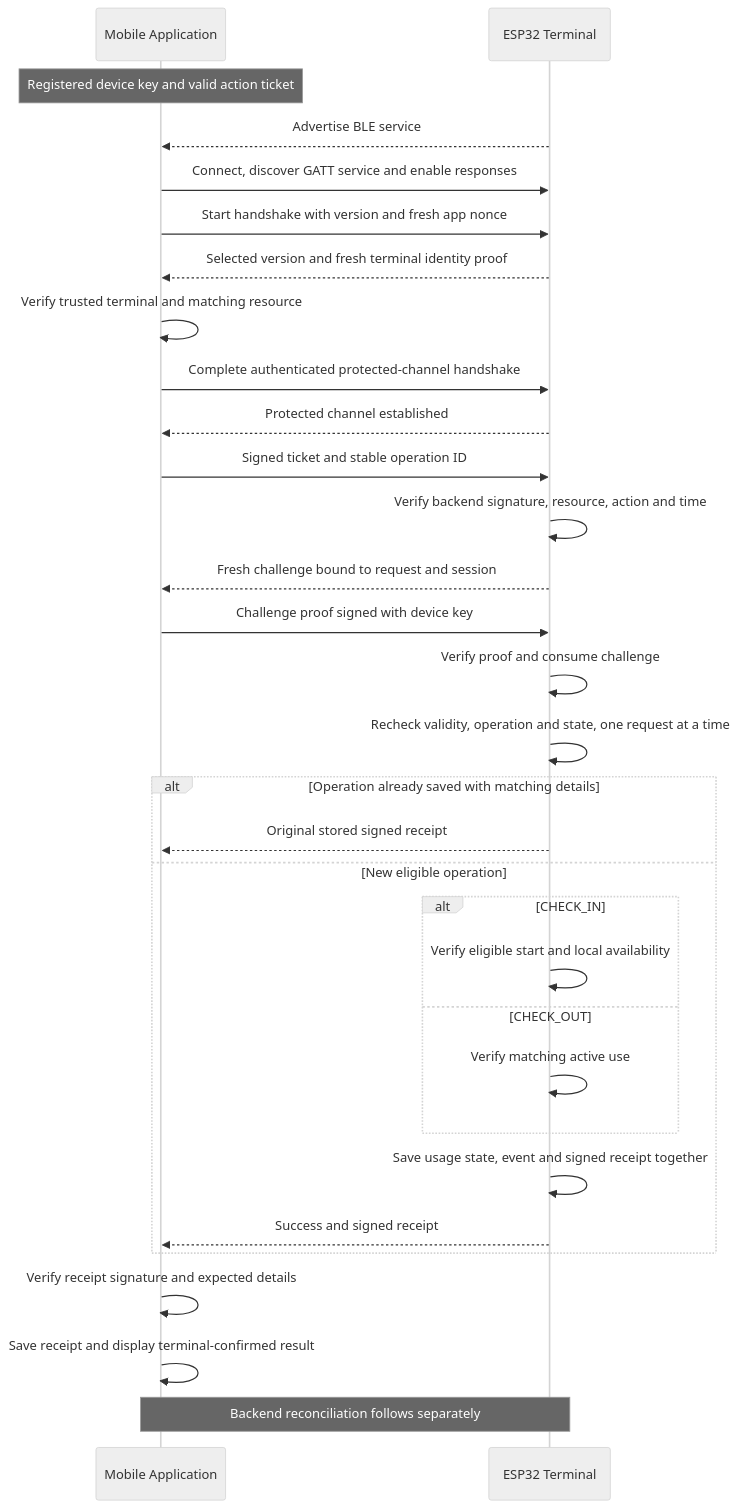
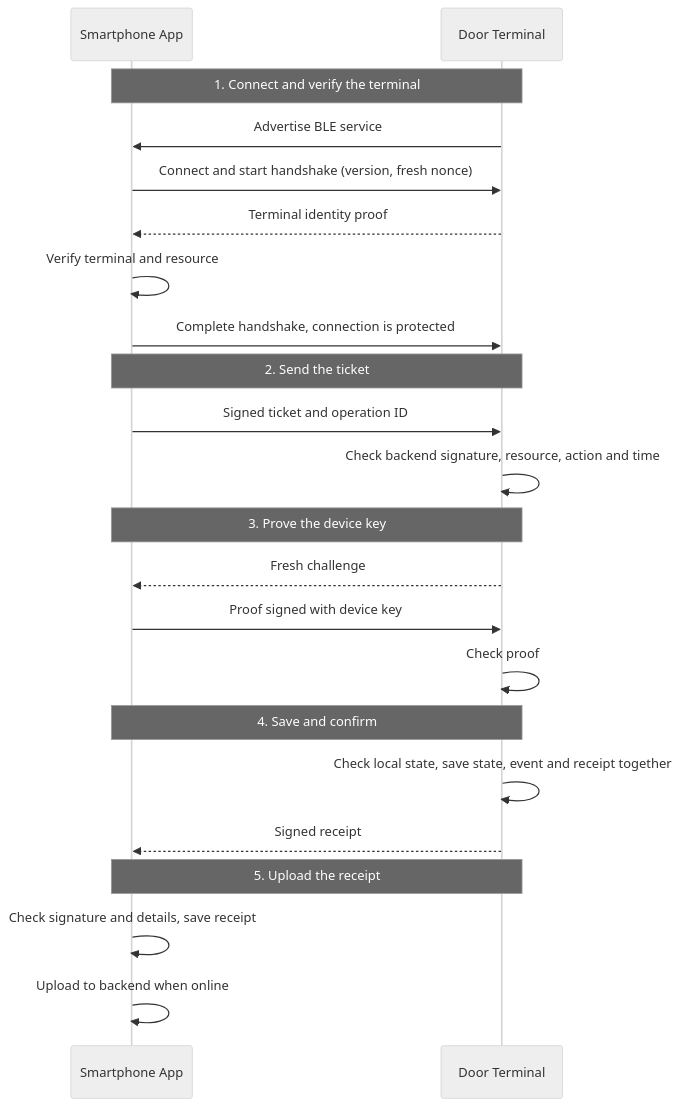
One commit to thomas-sartini/ble-booking-system changed the first of 3 diagrams in docs/ble-communication-flow.md. Above: the diagram before and after it, drawn with Mermaid (neutral theme). The commit also changed other lines of this file, not shown here.

First line of the commit message:
docs(ble): simplify and align communication flow

````diff
--- a/docs/ble-communication-flow.md
+++ b/docs/ble-communication-flow.md
@@ -40,33 +52,24 @@
 ```mermaid
 sequenceDiagram
-    participant App as Mobile Application
-    participant T as ESP32 Terminal
-    Note over App: Registered device key and valid action ticket
-    T-->>App: Advertise BLE service
-    App->>T: Connect, discover GATT service and enable responses
-    App->>T: Start handshake with version and fresh app nonce
-    T-->>App: Selected version and fresh terminal identity proof
-    App->>App: Verify trusted terminal and matching resource
-    App->>T: Complete authenticated protected-channel handshake
-    T-->>App: Protected channel established
-    App->>T: Signed ticket and stable operation ID
-    T->>T: Verify backend signature, resource, action and time
-    T-->>App: Fresh challenge bound to request and session
-    App->>T: Challenge proof signed with device key
-    T->>T: Verify proof and consume challenge
-    T->>T: Recheck validity, operation and state, one request at a time
-    alt Operation already saved with matching details
-        T-->>App: Original stored signed receipt
-    else New eligible operation
-        alt CHECK_IN
-            T->>T: Verify eligible start and local availability
-        else CHECK_OUT
-            T->>T: Verify matching active use
-        end
-        T->>T: Save usage state, event and signed receipt together
-        T-->>App: Success and signed receipt
-    end
-    App->>App: Verify receipt signature and expected details
-    App->>App: Save receipt and display terminal-confirmed result
-    Note over App,T: Backend reconciliation follows separately
+    participant App as Smartphone App
+    participant T as Door Terminal
+    Note over App,T: 1. Connect and verify the terminal
+    T->>App: Advertise BLE service
+    App->>T: Connect and start handshake (version, fresh nonce)
+    T-->>App: Terminal identity proof
+    App->>App: Verify terminal and resource
+    App->>T: Complete handshake, connection is protected
+    Note over App,T: 2. Send the ticket
+    App->>T: Signed ticket and operation ID
+    T->>T: Check backend signature, resource, action and time
+    Note over App,T: 3. Prove the device key
+    T-->>App: Fresh challenge
+    App->>T: Proof signed with device key
+    T->>T: Check proof
+    Note over App,T: 4. Save and confirm
+    T->>T: Check local state, save state, event and receipt together
+    T-->>App: Signed receipt
+    Note over App,T: 5. Upload the receipt
+    App->>App: Check signature and details, save receipt
+    App->>App: Upload to backend when online
 ```
````
